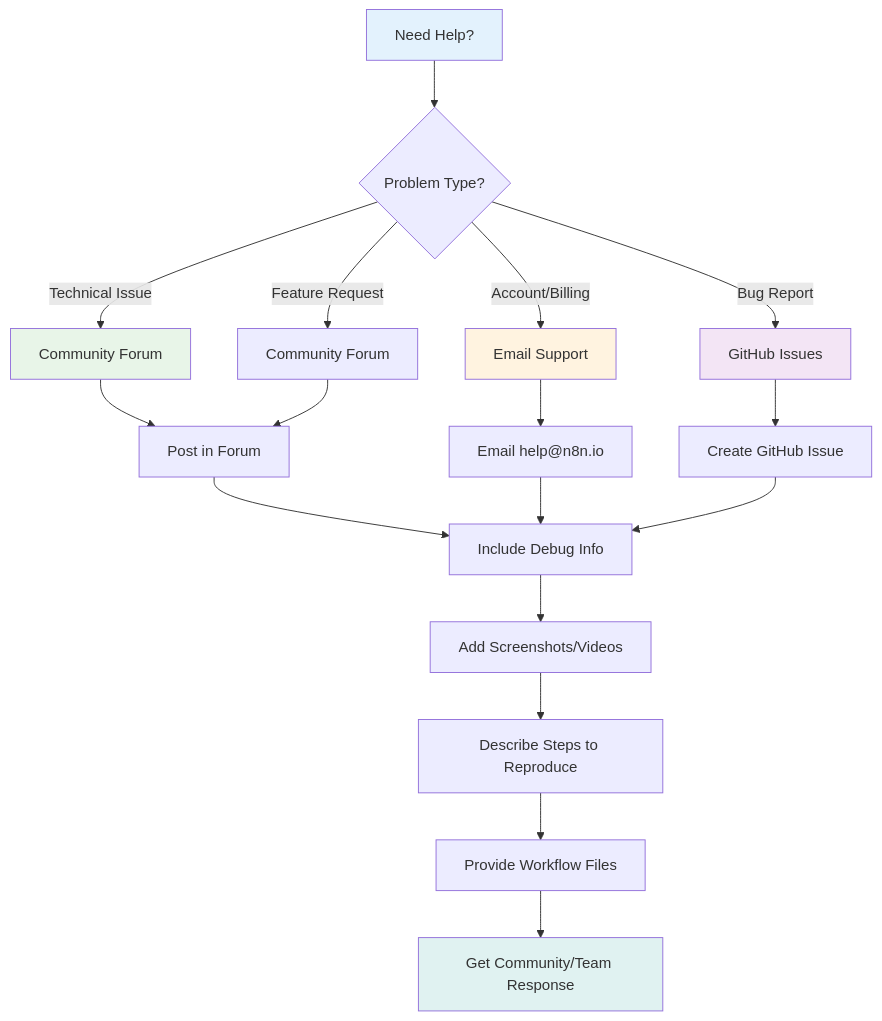
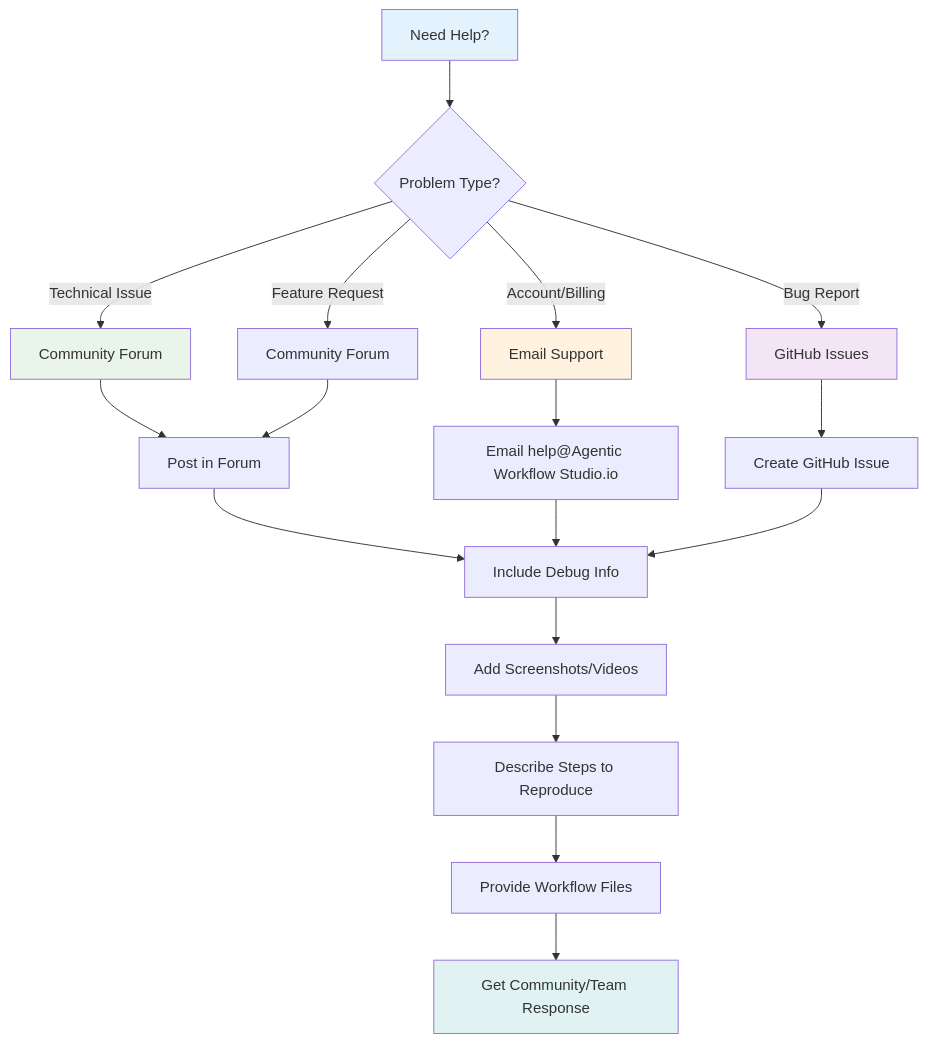
Before and after one commit to agentic-com/Agentic-Flow-Doc: the first of 2 diagrams in src/content/docs/usage/help-and-community/help.md, drawn with Mermaid. The commit also changed other lines of this file and 162 other files, not shown here.

````diff
--- a/src/content/docs/usage/help-and-community/help.md
+++ b/src/content/docs/usage/help-and-community/help.md
@@ -14,29 +14,29 @@
 ```mermaid
 graph TB
     A[Need Help?] --> B{Problem Type?}
-    
+
     B -->|Technical Issue| C[Community Forum]
     B -->|Account/Billing| D[Email Support]
     B -->|Bug Report| E[GitHub Issues]
     B -->|Feature Request| F[Community Forum]
-    
+
     C --> G[Post in Forum]
-    D --> H[Email help@n8n.io]
+    D --> H[Email help@Agentic Workflow Studio.io]
     E --> I[Create GitHub Issue]
     F --> G
-    
+
     G --> J[Include Debug Info]
     H --> J
     I --> J
-    
+
     J --> K[Add Screenshots/Videos]
     K --> L[Describe Steps to Reproduce]
     L --> M[Provide Workflow Files]
     M --> N[Get Community/Team Response]
-    
+
     style A fill:#e3f2fd
     style C fill:#e8f5e8
     style D fill:#fff3e0
     style E fill:#f3e5f5
     style N fill:#e0f2f1
 ```
````
